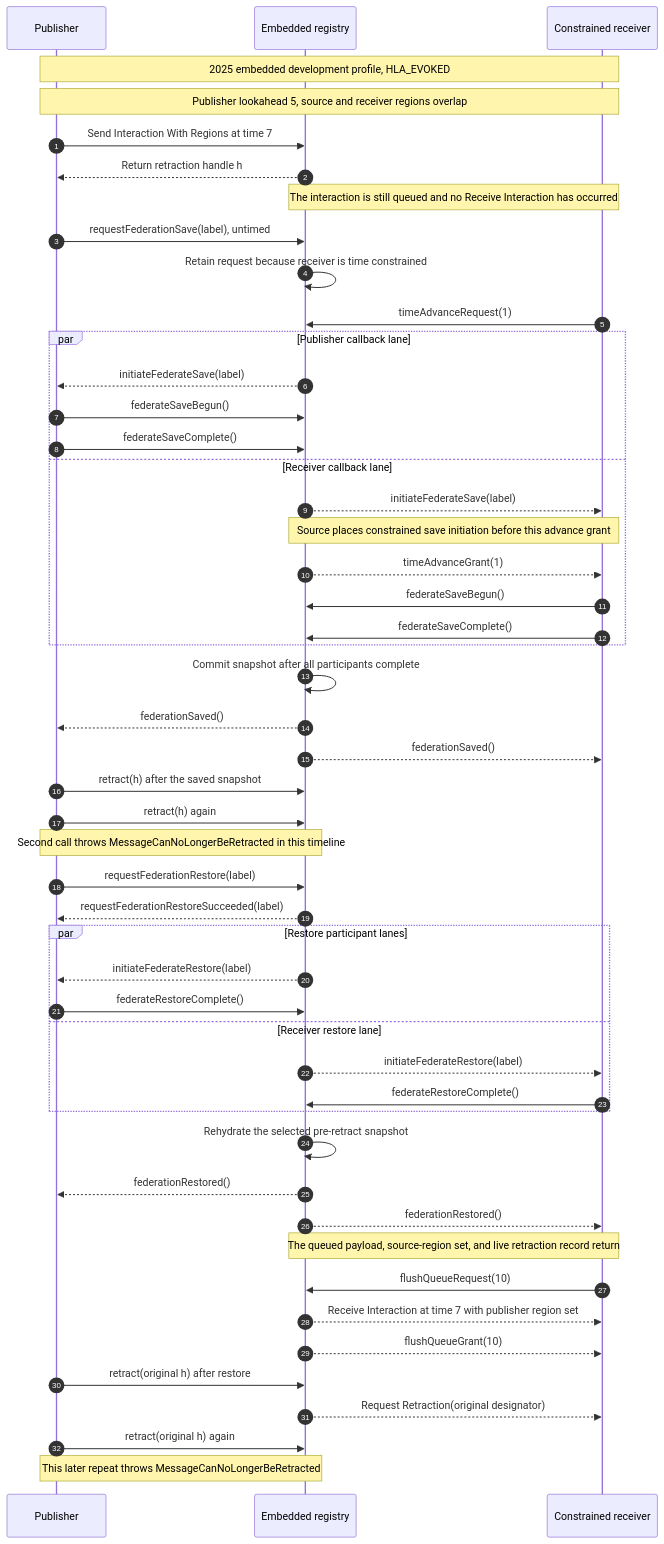
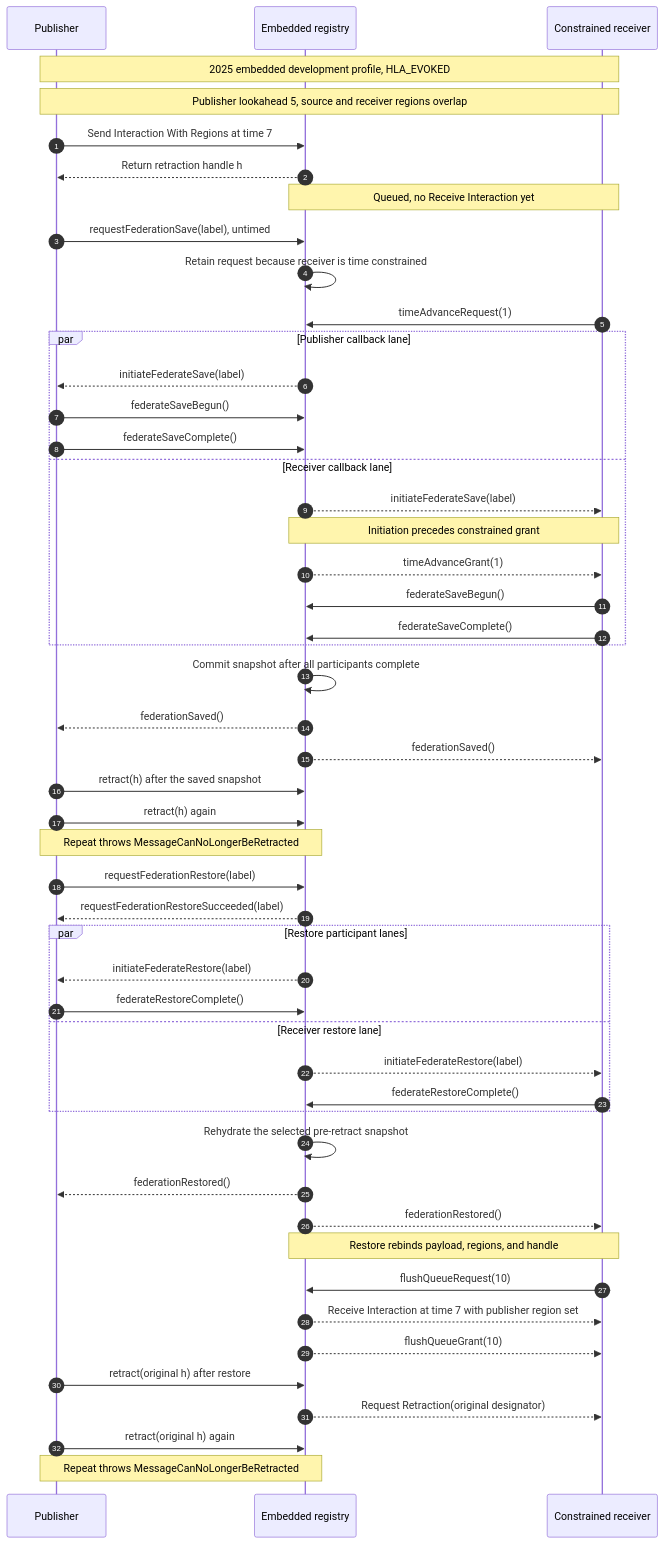
Diagram 18 of 33 in docs/design/HLA-2025-FEDERATION-SAVE-RESTORE-FLOW-GUIDE.md (sheepfling/umbra), drawn with Mermaid before and after one commit. The commit also changed other lines of this file and 39 other files, not shown here.

Commit message:
Document IEEE 1516.1-2025 behavior flows

````diff
--- a/docs/design/HLA-2025-FEDERATION-SAVE-RESTORE-FLOW-GUIDE.md
+++ b/docs/design/HLA-2025-FEDERATION-SAVE-RESTORE-FLOW-GUIDE.md
@@ -1202,57 +1538,57 @@
 ```mermaid
 sequenceDiagram
   autonumber
   participant Pub as Publisher
   participant RTI as Embedded registry
   participant Sub as Constrained receiver
 
   Note over Pub,Sub: 2025 embedded development profile, HLA_EVOKED
   Note over Pub,Sub: Publisher lookahead 5, source and receiver regions overlap
   Pub->>RTI: Send Interaction With Regions at time 7
   RTI-->>Pub: Return retraction handle h
-  Note over RTI,Sub: The interaction is still queued and no Receive Interaction has occurred
+  Note over RTI,Sub: Queued, no Receive Interaction yet
 
   Pub->>RTI: requestFederationSave(label), untimed
   RTI->>RTI: Retain request because receiver is time constrained
   Sub->>RTI: timeAdvanceRequest(1)
   par Publisher callback lane
     RTI-->>Pub: initiateFederateSave(label)
     Pub->>RTI: federateSaveBegun()
     Pub->>RTI: federateSaveComplete()
   and Receiver callback lane
     RTI-->>Sub: initiateFederateSave(label)
-    Note over RTI,Sub: Source places constrained save initiation before this advance grant
+    Note over RTI,Sub: Initiation precedes constrained grant
     RTI-->>Sub: timeAdvanceGrant(1)
     Sub->>RTI: federateSaveBegun()
     Sub->>RTI: federateSaveComplete()
   end
   RTI->>RTI: Commit snapshot after all participants complete
   RTI-->>Pub: federationSaved()
   RTI-->>Sub: federationSaved()
 
   Pub->>RTI: retract(h) after the saved snapshot
   Pub->>RTI: retract(h) again
-  Note over Pub,RTI: Second call throws MessageCanNoLongerBeRetracted in this timeline
+  Note over Pub,RTI: Repeat throws MessageCanNoLongerBeRetracted
 
   Pub->>RTI: requestFederationRestore(label)
   RTI-->>Pub: requestFederationRestoreSucceeded(label)
   par Restore participant lanes
     RTI-->>Pub: initiateFederateRestore(label)
     Pub->>RTI: federateRestoreComplete()
   and Receiver restore lane
     RTI-->>Sub: initiateFederateRestore(label)
     Sub->>RTI: federateRestoreComplete()
   end
   RTI->>RTI: Rehydrate the selected pre-retract snapshot
   RTI-->>Pub: federationRestored()
   RTI-->>Sub: federationRestored()
-  Note over RTI,Sub: The queued payload, source-region set, and live retraction record return
+  Note over RTI,Sub: Restore rebinds payload, regions, and handle
 
   Sub->>RTI: flushQueueRequest(10)
   RTI-->>Sub: Receive Interaction at time 7 with publisher region set
   RTI-->>Sub: flushQueueGrant(10)
   Pub->>RTI: retract(original h) after restore
   RTI-->>Sub: Request Retraction(original designator)
   Pub->>RTI: retract(original h) again
-  Note over Pub,RTI: This later repeat throws MessageCanNoLongerBeRetracted
+  Note over Pub,RTI: Repeat throws MessageCanNoLongerBeRetracted
 ```
````
